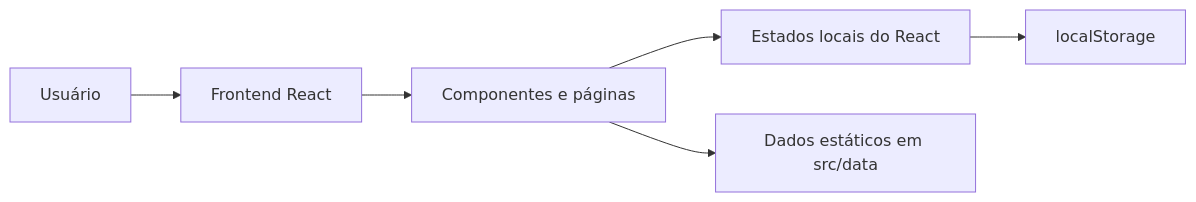
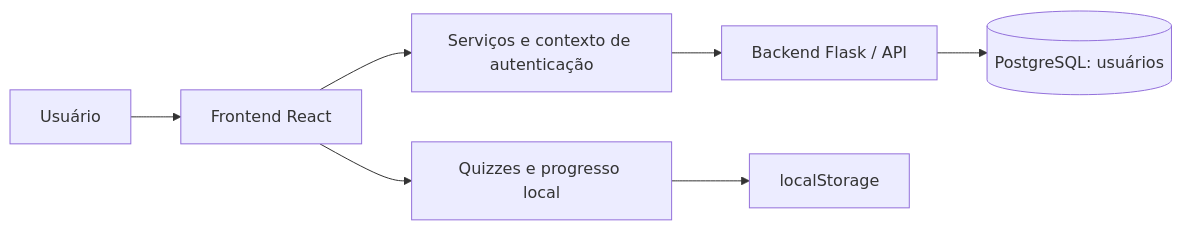
The first of 2 diagrams in frontend/README_TECNICO.md (Thomasx7/Sistema-Acs), drawn with Mermaid before and after one commit. The commit also changed other lines of this file and 20 other files, not shown here.

````diff
--- a/frontend/README_TECNICO.md
+++ b/frontend/README_TECNICO.md
@@ -56,8 +55,9 @@
 ```mermaid
 flowchart LR
     U[Usuário] --> F[Frontend React]
-    F --> C[Componentes e páginas]
-    C --> E[Estados locais do React]
-    E --> L[localStorage]
-    C --> D[Dados estáticos em src/data]
+    F --> A[Serviços e contexto de autenticação]
+    A --> B[Backend Flask / API]
+    B --> DB[(PostgreSQL: usuários)]
+    F --> Q[Quizzes e progresso local]
+    Q --> L[localStorage]
 ```
````
